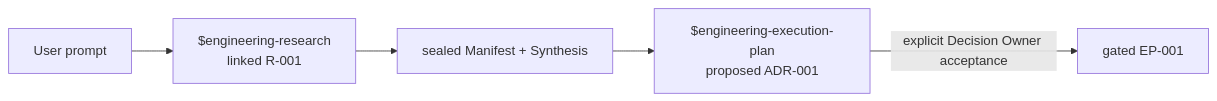
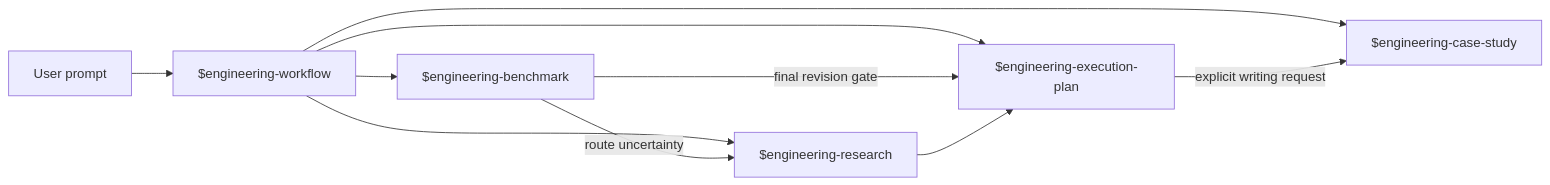
One commit to XiaoWeiKIN/RepoFoundryAI changed the second of 5 diagrams in README.md. Above: the diagram before and after it, drawn with Mermaid. The commit also changed other lines of this file and 8 other files, not shown here.

````diff
--- a/README.md
+++ b/README.md
@@ -249,7 +249,12 @@
 ```mermaid
 flowchart LR
-    P["User prompt"] --> R["$engineering-research<br/>linked R-001"]
-    R --> S["sealed Manifest + Synthesis"]
-    S --> A["$engineering-execution-plan<br/>proposed ADR-001"]
-    A -->|"explicit Decision Owner acceptance"| E["gated EP-001"]
+    P["User prompt"] --> W["$engineering-workflow"]
+    W --> B["$engineering-benchmark"]
+    W --> R["$engineering-research"]
+    W --> E["$engineering-execution-plan"]
+    W --> C["$engineering-case-study"]
+    B -->|"route uncertainty"| R
+    B -->|"final revision gate"| E
+    R --> E
+    E -->|"explicit writing request"| C
 ```
````
